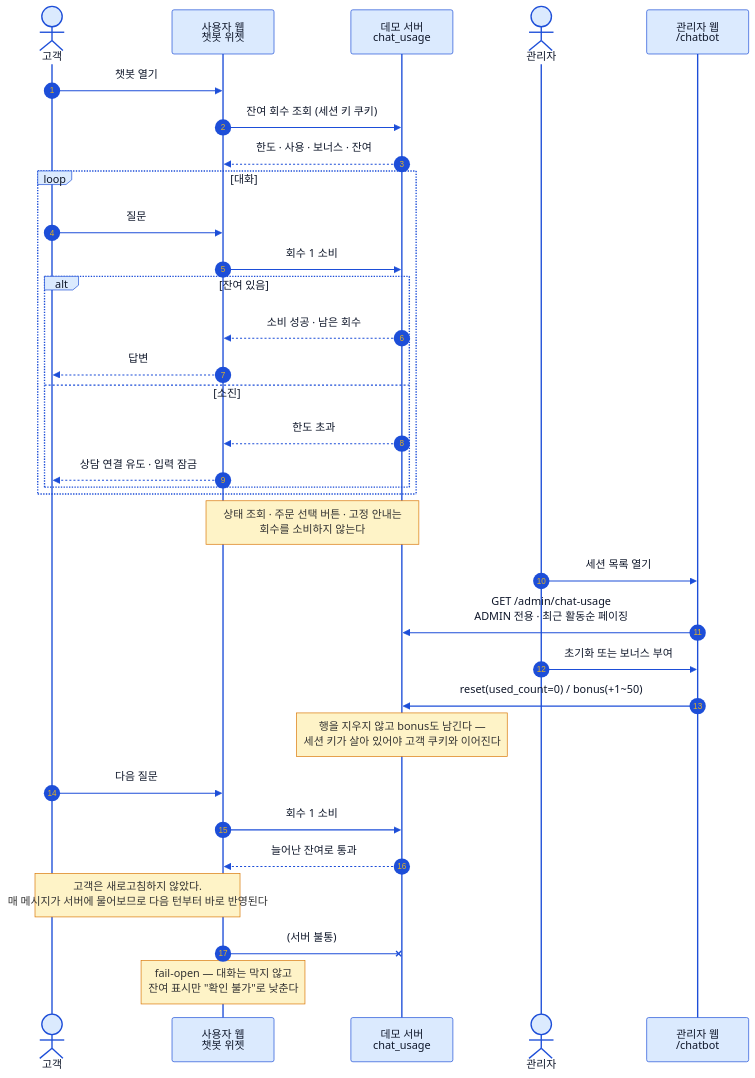
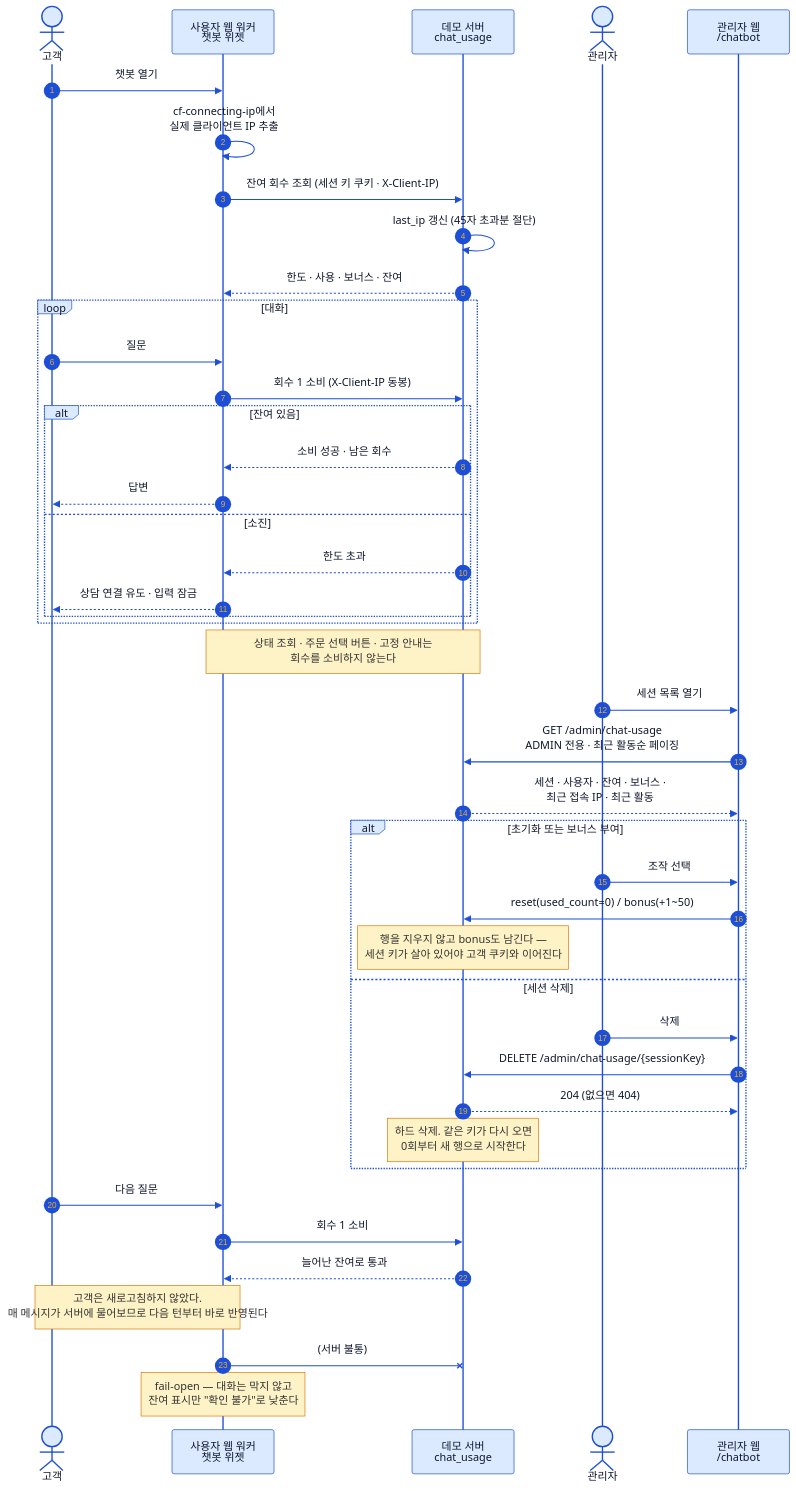
One commit to s-work-agency/ssw-e-commerce-demo-public changed the fourth of 4 diagrams in docs/architecture/06-ops-flows.md. Above: the diagram before and after it, drawn with Mermaid. The commit also changed other lines of this file and 11 other files, not shown here.

````diff
--- a/docs/architecture/06-ops-flows.md
+++ b/docs/architecture/06-ops-flows.md
@@ -184,43 +184,54 @@
 ```mermaid
 %%{init: {"theme":"base","fontFamily":"Pretendard, Malgun Gothic, sans-serif","themeVariables":{"fontSize":"14px","primaryColor":"#DBEAFE","primaryBorderColor":"#1D4ED8","primaryTextColor":"#0F172A","lineColor":"#1D4ED8","secondaryColor":"#FEF3C7","tertiaryColor":"#DCFCE7","clusterBkg":"#F8FAFC","clusterBorder":"#CBD5E1","noteBkgColor":"#FEF3C7","noteBorderColor":"#D97706","actorBkg":"#DBEAFE","actorBorder":"#1D4ED8","actorTextColor":"#0F172A","signalColor":"#1D4ED8","signalTextColor":"#0F172A","labelBoxBkgColor":"#DBEAFE","labelBoxBorderColor":"#1D4ED8","altSectionBkgColor":"#F8FAFC"},"flowchart":{"curve":"basis","htmlLabels":true,"padding":12}}}%%
 %% 공통 브랜드 테마 — architecture/*.md 전 다이어그램에 동일한 init 블록이 들어간다. 색을 바꿀 때는 이 폴더 전 파일을 일괄 치환할 것.
 sequenceDiagram
     autonumber
     actor C as 고객
-    participant W as 사용자 웹<br/>챗봇 위젯
+    participant W as 사용자 웹 워커<br/>챗봇 위젯
     participant S as 데모 서버<br/>chat_usage
     actor A as 관리자
     participant AW as 관리자 웹<br/>/chatbot
 
     C->>W: 챗봇 열기
-    W->>S: 잔여 회수 조회 (세션 키 쿠키)
+    W->>W: cf-connecting-ip에서<br/>실제 클라이언트 IP 추출
+    W->>S: 잔여 회수 조회 (세션 키 쿠키 · X-Client-IP)
+    S->>S: last_ip 갱신 (45자 초과분 절단)
     S-->>W: 한도 · 사용 · 보너스 · 잔여
 
     loop 대화
         C->>W: 질문
-        W->>S: 회수 1 소비
+        W->>S: 회수 1 소비 (X-Client-IP 동봉)
         alt 잔여 있음
             S-->>W: 소비 성공 · 남은 회수
             W-->>C: 답변
         else 소진
             S-->>W: 한도 초과
             W-->>C: 상담 연결 유도 · 입력 잠금
         end
     end
 
     Note over W,S: 상태 조회 · 주문 선택 버튼 · 고정 안내는<br/>회수를 소비하지 않는다
 
     A->>AW: 세션 목록 열기
     AW->>S: GET /admin/chat-usage<br/>ADMIN 전용 · 최근 활동순 페이징
-    A->>AW: 초기화 또는 보너스 부여
-    AW->>S: reset(used_count=0) / bonus(+1~50)
-    Note over S: 행을 지우지 않고 bonus도 남긴다 —<br/>세션 키가 살아 있어야 고객 쿠키와 이어진다
+    S-->>AW: 세션 · 사용자 · 잔여 · 보너스 ·<br/>최근 접속 IP · 최근 활동
+
+    alt 초기화 또는 보너스 부여
+        A->>AW: 조작 선택
+        AW->>S: reset(used_count=0) / bonus(+1~50)
+        Note over S: 행을 지우지 않고 bonus도 남긴다 —<br/>세션 키가 살아 있어야 고객 쿠키와 이어진다
+    else 세션 삭제
+        A->>AW: 삭제
+        AW->>S: DELETE /admin/chat-usage/{sessionKey}
+        S-->>AW: 204 (없으면 404)
+        Note over S: 하드 삭제. 같은 키가 다시 오면<br/>0회부터 새 행으로 시작한다
+    end
 
     C->>W: 다음 질문
     W->>S: 회수 1 소비
     S-->>W: 늘어난 잔여로 통과
     Note over C,W: 고객은 새로고침하지 않았다.<br/>매 메시지가 서버에 물어보므로 다음 턴부터 바로 반영된다
 
     W-xS: (서버 불통)
     Note over W: fail-open — 대화는 막지 않고<br/>잔여 표시만 "확인 불가"로 낮춘다
 ```
````
